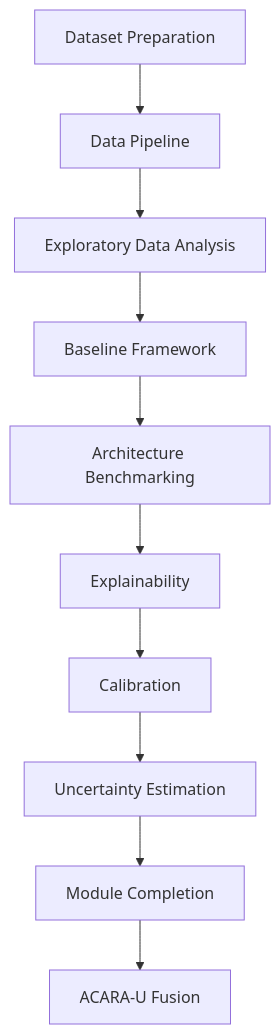
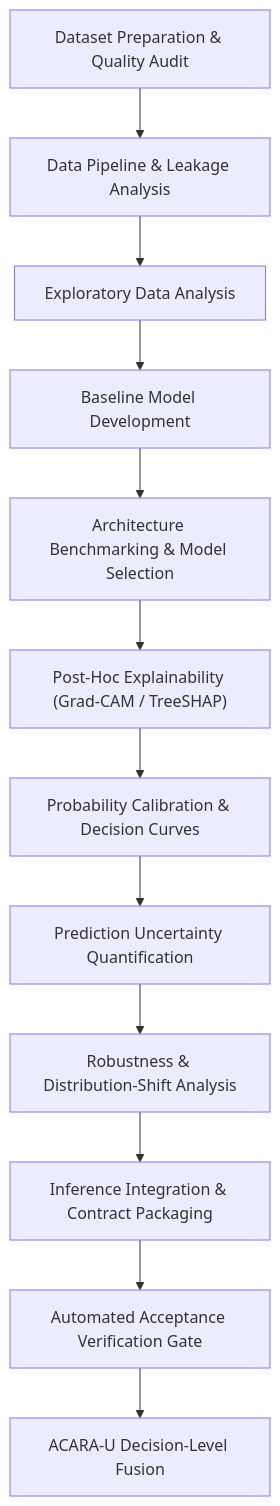
The first of 2 diagrams in docs/methodology.md (Dr-Venom29/FusionMedAI), drawn with Mermaid before and after one commit. The commit also changed other lines of this file and 19 other files, not shown here.

````diff
--- a/docs/methodology.md
+++ b/docs/methodology.md
@@ -15,13 +15,15 @@
 ```mermaid
 flowchart TD
-    DatasetPrep[Dataset Preparation]
-    --> DataPipeline[Data Pipeline]
-    --> EDA[Exploratory Data Analysis]
-    --> BaselineFramework[Baseline Framework]
-    --> ArchitectureBenchmarking[Architecture Benchmarking]
-    --> Explainability
-    --> Calibration
-    --> UncertaintyEstimation[Uncertainty Estimation]
-    --> ModuleCompletion[Module Completion]
-    --> MultimodalFusion[ACARA-U Fusion]
+    DatasetPrep["Dataset Preparation & Quality Audit"]
+    --> DataPipeline["Data Pipeline & Leakage Analysis"]
+    --> EDA["Exploratory Data Analysis"]
+    --> BaselineFramework["Baseline Model Development"]
+    --> Benchmarking["Architecture Benchmarking & Model Selection"]
+    --> Explainability["Post-Hoc Explainability (Grad-CAM / TreeSHAP)"]
+    --> Calibration["Probability Calibration & Decision Curves"]
+    --> UncertaintyEstimation["Prediction Uncertainty Quantification"]
+    --> Robustness["Robustness & Distribution-Shift Analysis"]
+    --> Integration["Inference Integration & Contract Packaging"]
+    --> Verification["Automated Acceptance Verification Gate"]
+    --> MultimodalFusion["ACARA-U Decision-Level Fusion"]
 ```
````
